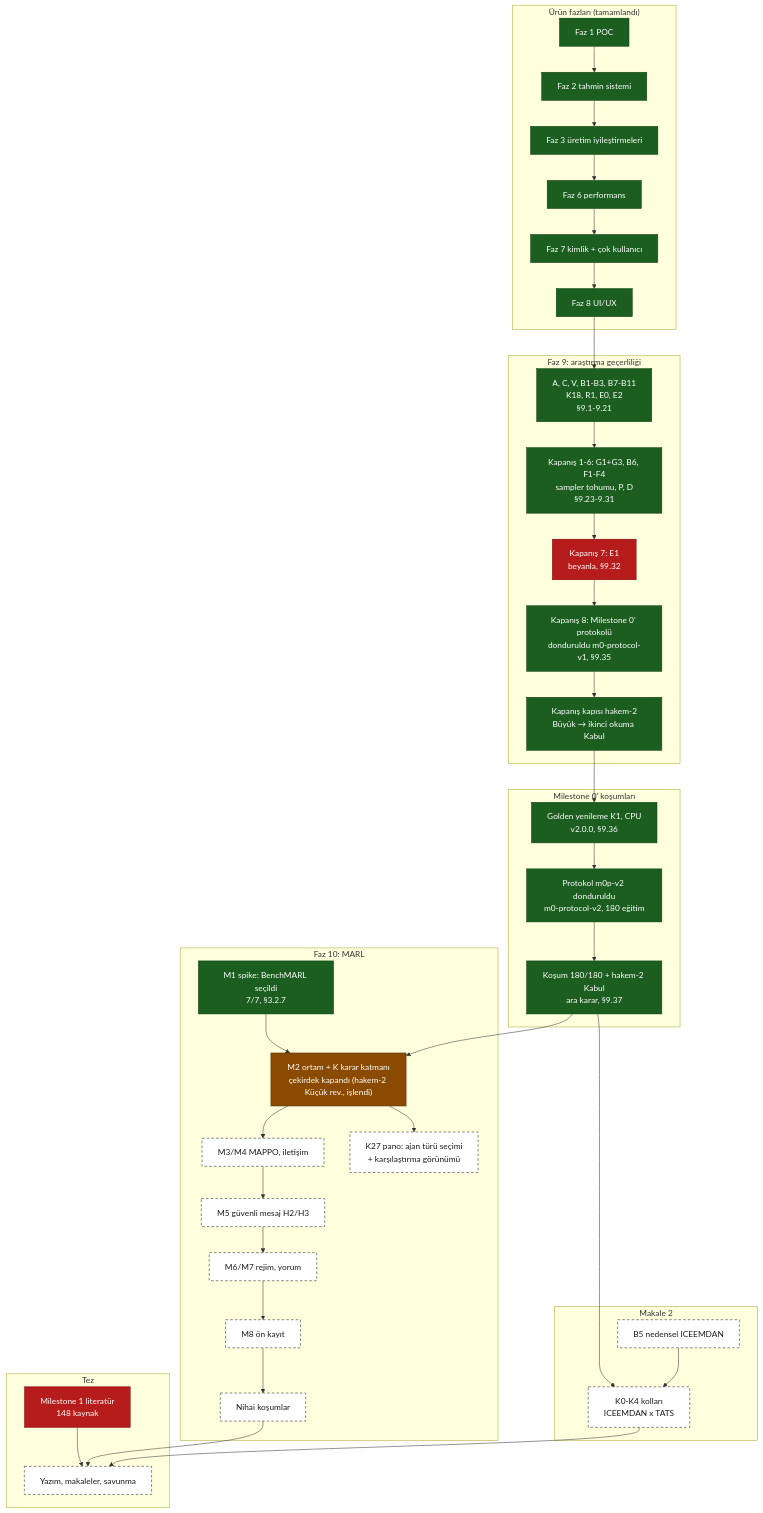
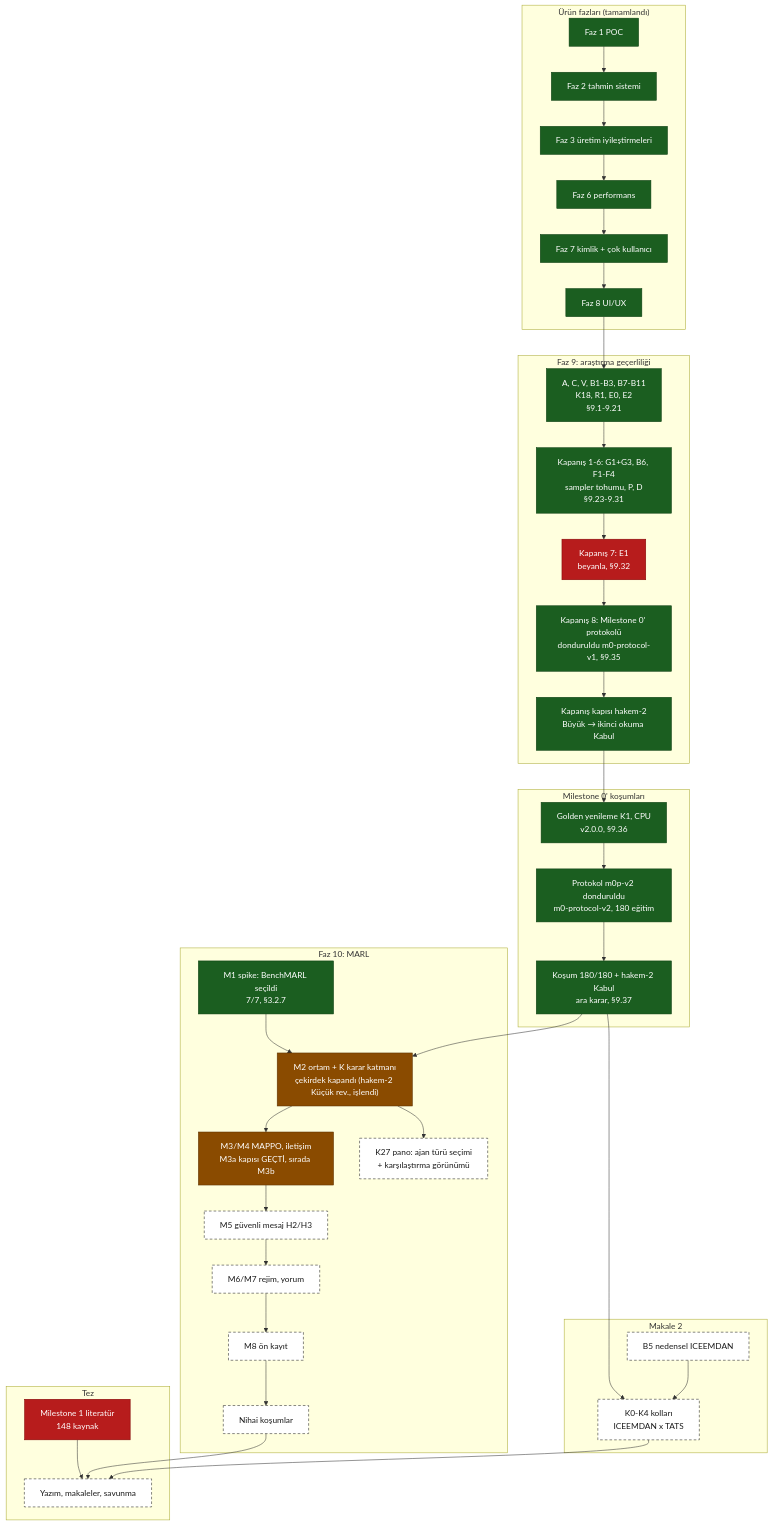
The second of 2 diagrams in docs/development/system-map.md (softdevcan/RL-Trading-Project), drawn with Mermaid before and after one commit. The commit also changed other lines of this file and 2 other files, not shown here.

````diff
--- a/docs/development/system-map.md
+++ b/docs/development/system-map.md
@@ -112,63 +112,63 @@
 ```mermaid
 flowchart TB
   classDef done fill:#1b5e20,stroke:#0b3d10,color:#ffffff
   classDef partial fill:#b71c1c,stroke:#7f0000,color:#ffffff
   classDef active fill:#8a4b00,stroke:#5a3000,color:#ffffff
   classDef decision fill:#4a148c,stroke:#2a0060,color:#ffffff
   classDef planned fill:#ffffff,stroke:#1a1a1a,stroke-dasharray:5 4,color:#1a1a1a
 
   subgraph URUN["Ürün fazları (tamamlandı)"]
     F1["Faz 1 POC"]:::done
     F2["Faz 2 tahmin sistemi"]:::done
     F3["Faz 3 üretim iyileştirmeleri"]:::done
     F6["Faz 6 performans"]:::done
     F7["Faz 7 kimlik + çok kullanıcı"]:::done
     F8["Faz 8 UI/UX"]:::done
   end
 
   subgraph F9["Faz 9: araştırma geçerliliği"]
     P9A["A, C, V, B1-B3, B7-B11<br/>K18, R1, E0, E2<br/>§9.1-9.21"]:::done
     P9B["Kapanış 1-6: G1+G3, B6, F1-F4<br/>sampler tohumu, P, D<br/>§9.23-9.31"]:::done
     P9E["Kapanış 7: E1<br/>beyanla, §9.32"]:::partial
     P9M["Kapanış 8: Milestone 0' protokolü<br/>donduruldu m0-protocol-v1, §9.35"]:::done
     H2["Kapanış kapısı hakem-2<br/>Büyük → ikinci okuma Kabul"]:::done
   end
 
   subgraph M0["Milestone 0' koşumları"]
     GOLD["Golden yenileme K1, CPU<br/>v2.0.0, §9.36"]:::done
     PRE["Protokol m0p-v2 donduruldu<br/>m0-protocol-v2, 180 eğitim"]:::done
     FIN["Koşum 180/180 + hakem-2 Kabul<br/>ara karar, §9.37"]:::done
   end
 
   subgraph M2P["Makale 2"]
     B5["B5 nedensel ICEEMDAN"]:::planned
     K0K4["K0-K4 kolları<br/>ICEEMDAN x TATS"]:::planned
   end
 
   subgraph F10["Faz 10: MARL"]
     M1["M1 spike: BenchMARL seçildi<br/>7/7, §3.2.7"]:::done
     M2["M2 ortam + K karar katmanı<br/>çekirdek kapandı (hakem-2 Küçük rev., işlendi)"]:::active
-    M34["M3/M4 MAPPO, iletişim"]:::planned
+    M34["M3/M4 MAPPO, iletişim<br/>M3a kapısı GEÇTİ, sırada M3b"]:::active
     M5["M5 güvenli mesaj H2/H3"]:::planned
     M67["M6/M7 rejim, yorum"]:::planned
     M8["M8 ön kayıt"]:::planned
     FINAL["Nihai koşumlar"]:::planned
     K27["K27 pano: ajan türü seçimi<br/>+ karşılaştırma görünümü"]:::planned
   end
 
   subgraph TEZ["Tez"]
     T1["Milestone 1 literatür<br/>148 kaynak"]:::partial
     T4["Yazım, makaleler, savunma"]:::planned
   end
 
   F1 --> F2 --> F3 --> F6 --> F7 --> F8 --> P9A --> P9B --> P9E --> P9M --> H2
   H2 --> GOLD --> PRE --> FIN
   FIN --> K0K4
   B5 --> K0K4
   M1 --> M2
   FIN --> M2 --> M34 --> M5 --> M67 --> M8 --> FINAL
   M2 --> K27
   T1 --> T4
   FINAL --> T4
   K0K4 --> T4
 ```
````
